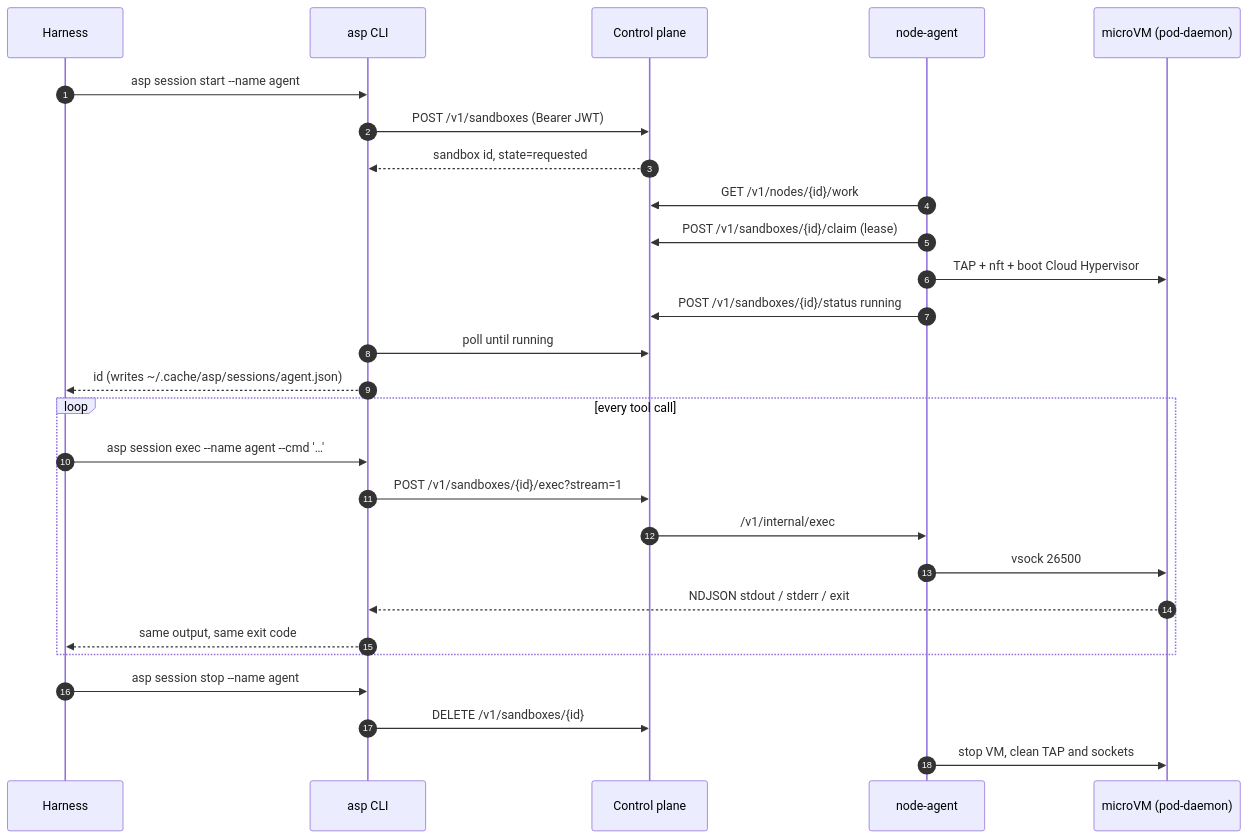
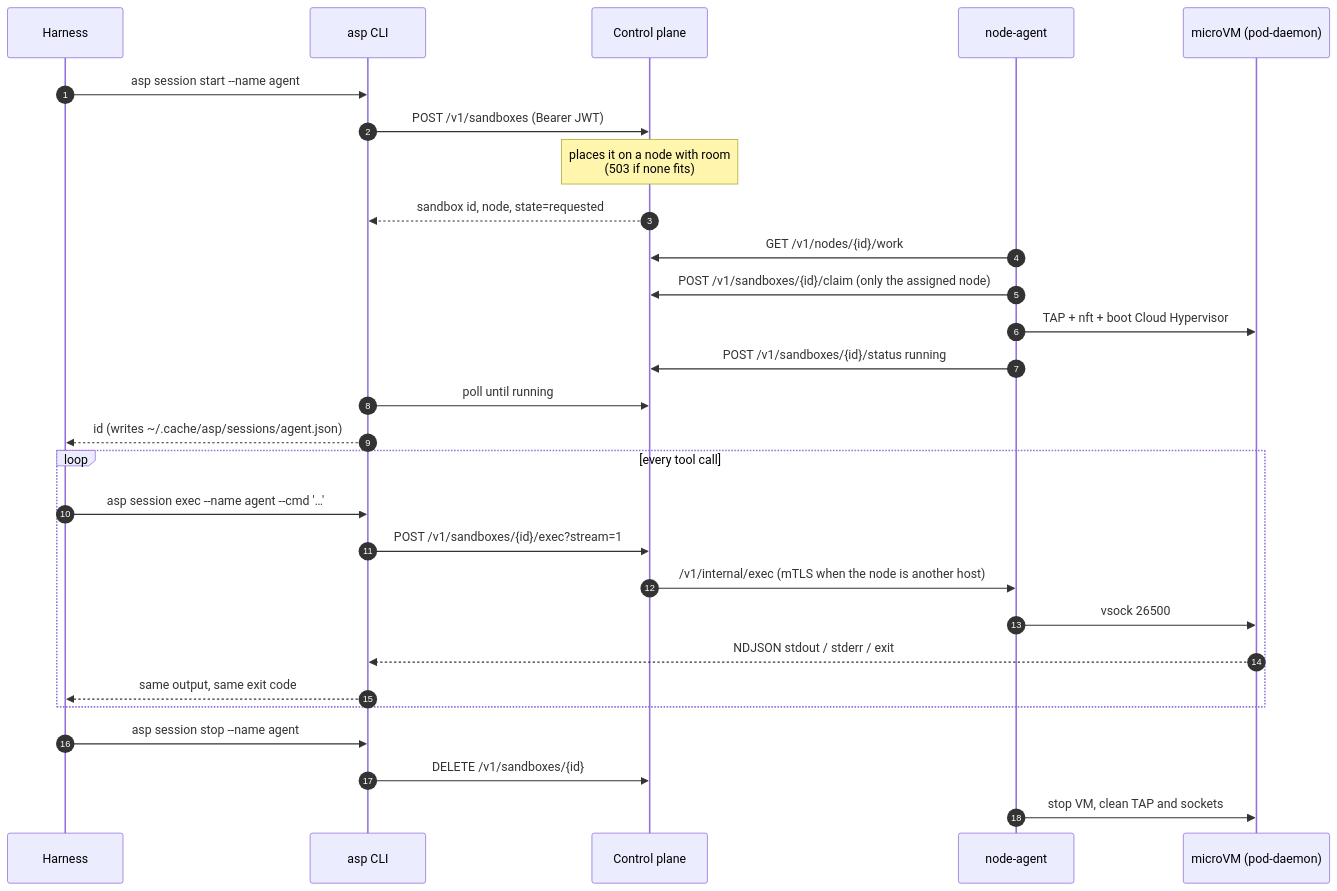
One commit to luisgf/agent-sandbox-platform changed the second of 5 diagrams in README.md. Above: the diagram before and after it, drawn with Mermaid. The commit also changed other lines of this file and 11 other files, not shown here.

````diff
--- a/README.md
+++ b/README.md
@@ -112,32 +112,33 @@
 ```mermaid
 sequenceDiagram
   autonumber
   participant H as Harness
   participant C as asp CLI
   participant CP as Control plane
   participant NA as node-agent
   participant VM as microVM (pod-daemon)
 
   H->>C: asp session start --name agent
   C->>CP: POST /v1/sandboxes (Bearer JWT)
-  CP-->>C: sandbox id, state=requested
+  Note over CP: places it on a node with room<br/>(503 if none fits)
+  CP-->>C: sandbox id, node, state=requested
   NA->>CP: GET /v1/nodes/{id}/work
-  NA->>CP: POST /v1/sandboxes/{id}/claim (lease)
+  NA->>CP: POST /v1/sandboxes/{id}/claim (only the assigned node)
   NA->>VM: TAP + nft + boot Cloud Hypervisor
   NA->>CP: POST /v1/sandboxes/{id}/status running
   C->>CP: poll until running
   C-->>H: id (writes ~/.cache/asp/sessions/agent.json)
 
   loop every tool call
     H->>C: asp session exec --name agent --cmd '…'
     C->>CP: POST /v1/sandboxes/{id}/exec?stream=1
-    CP->>NA: /v1/internal/exec
+    CP->>NA: /v1/internal/exec (mTLS when the node is another host)
     NA->>VM: vsock 26500
     VM-->>C: NDJSON stdout / stderr / exit
     C-->>H: same output, same exit code
   end
 
   H->>C: asp session stop --name agent
   C->>CP: DELETE /v1/sandboxes/{id}
   NA->>VM: stop VM, clean TAP and sockets
 ```
````
